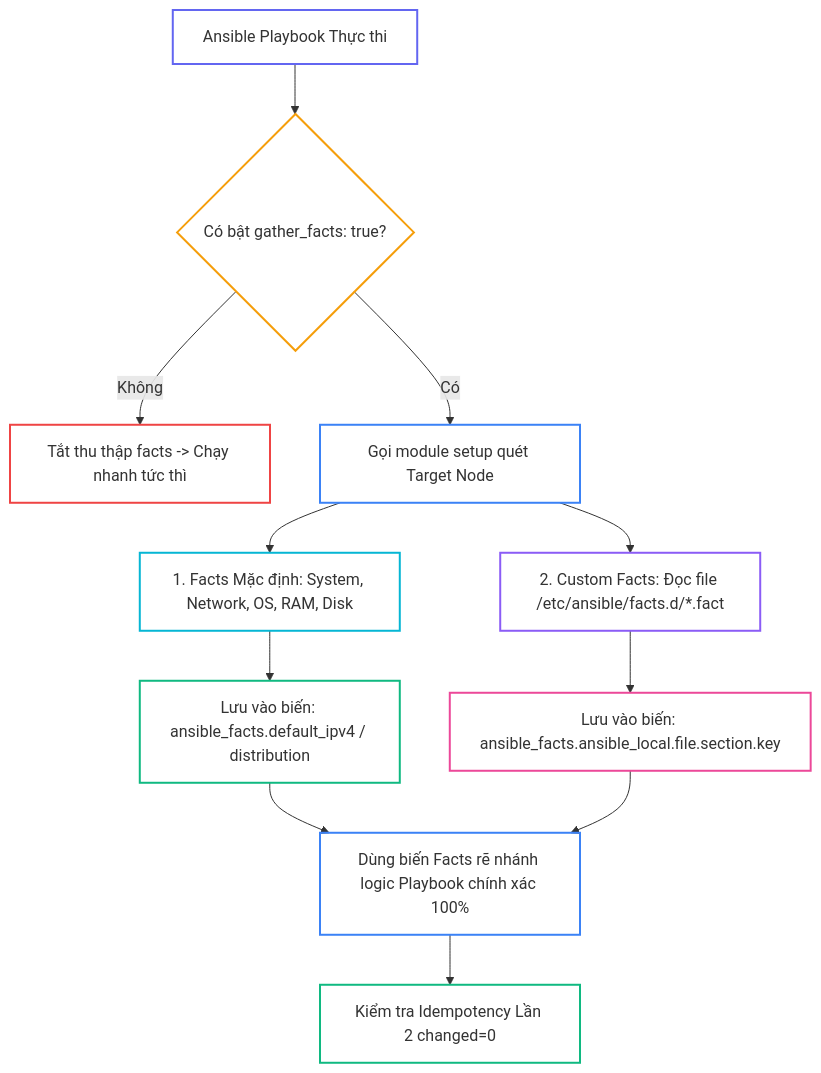
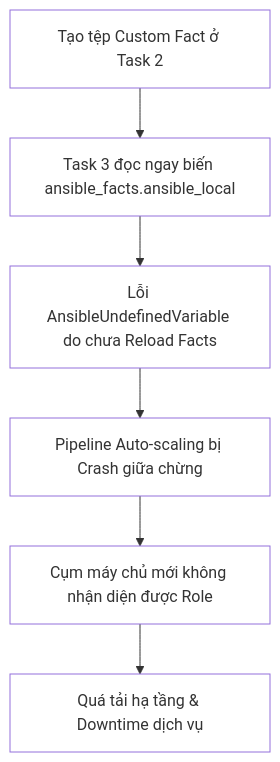
The second of 3 diagrams in _posts/2026-09-13-ansible-08-08-facts.md (kiennt308/ntk), drawn with Mermaid before and after one commit. The commit also changed other lines of this file and 30 other files, not shown here.

````diff
--- a/_posts/2026-09-13-ansible-08-08-facts.md
+++ b/_posts/2026-09-13-ansible-08-08-facts.md
@@ -326,26 +216,15 @@
 ```mermaid
 flowchart TD
-    A["Ansible Playbook Thực thi"] --> B{"Có bật gather_facts: true?"}
-    B -->|"Không"| C["Tắt thu thập facts -> Chạy nhanh tức thì"]
-    B -->|"Có"| D["Gọi module setup quét Target Node"]
-    
-    D --> E["1. Facts Mặc định: System, Network, OS, RAM, Disk"]
-    D --> F["2. Custom Facts: Đọc file /etc/ansible/facts.d/*.fact"]
-    
-    E --> G["Lưu vào biến: ansible_facts.default_ipv4 / distribution"]
-    F --> H["Lưu vào biến: ansible_facts.ansible_local.file.section.key"]
-    
-    G & H --> I["Dùng biến Facts rẽ nhánh logic Playbook chính xác 100%"]
-    I --> J["Kiểm tra Idempotency Lần 2 changed=0"]
+    A["Tạo tệp Custom Fact ở Task 2"] --> B["Task 3 đọc ngay biến ansible_facts.ansible_local"]
+    B --> C["Lỗi AnsibleUndefinedVariable do chưa Reload Facts"]
+    C --> D["Pipeline Auto-scaling bị Crash giữa chừng"]
+    D --> E["Cụm máy chủ mới không nhận diện được Role"]
+    E --> F["Quá tải hạ tầng & Downtime dịch vụ"]
 
-    style A fill:none,stroke:#6366f1,stroke-width:2px
-    style B fill:none,stroke:#f59e0b,stroke-width:2px
-    style C fill:none,stroke:#ef4444,stroke-width:2px
-    style D fill:none,stroke:#3b82f6,stroke-width:2px
-    style E fill:none,stroke:#06b6d4,stroke-width:2px
-    style F fill:none,stroke:#8b5cf6,stroke-width:2px
-    style G fill:none,stroke:#10b981,stroke-width:2px
-    style H fill:none,stroke:#ec4899,stroke-width:2px
-    style I fill:none,stroke:#3b82f6,stroke-width:2px
-    style J fill:none,stroke:#10b981,stroke-width:2px
+    style A fill:none
+    style B fill:none
+    style C fill:none
+    style D fill:none
+    style E fill:none
+    style F fill:none
 ```
````
